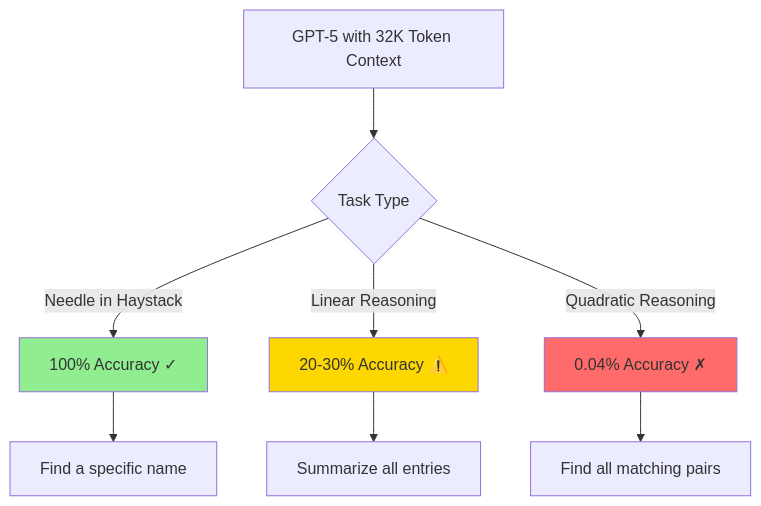
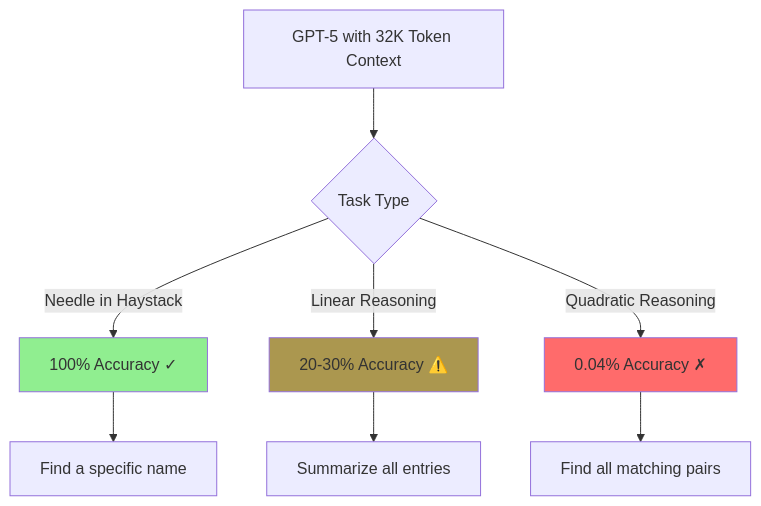
Before and after one commit to rsrini7/Learnings: the second of 18 diagrams in Papers/RecursiveLanguageModels.md, drawn with Mermaid. The commit also changed other lines of this file, not shown here.

First line of the commit message:
style(docs): update diagram node colors from gold to bronze

````diff
--- a/Papers/RecursiveLanguageModels.md
+++ b/Papers/RecursiveLanguageModels.md
@@ -99,15 +99,15 @@
 ```mermaid
 graph TD
     A[GPT-5 with 32K Token Context] --> B{Task Type}
     B -->|Needle in Haystack| C[100% Accuracy ✓]
     B -->|Linear Reasoning| D[20-30% Accuracy ⚠️]
     B -->|Quadratic Reasoning| E[0.04% Accuracy ✗]
     
     C --> C1[Find a specific name]
     D --> D1[Summarize all entries]
     E --> E1[Find all matching pairs]
     
     style C fill:#90EE90
-    style D fill:#FFD700
+    style D fill:#AB974F
     style E fill:#FF6B6B
 ```
````
